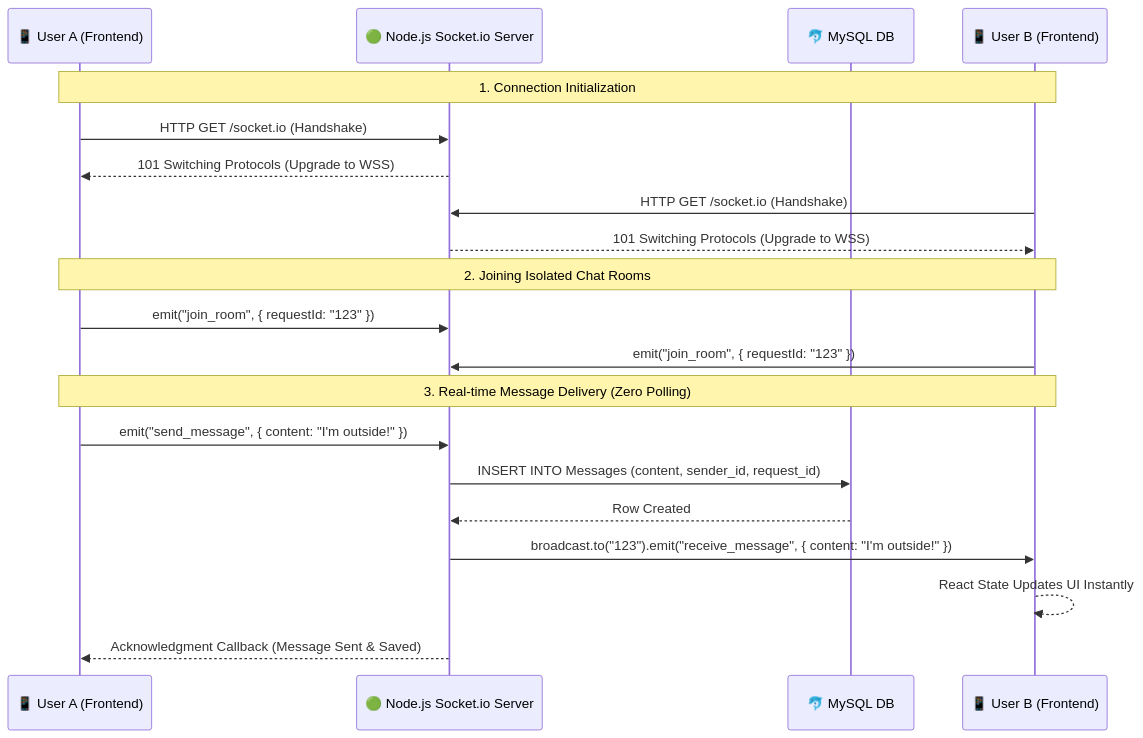
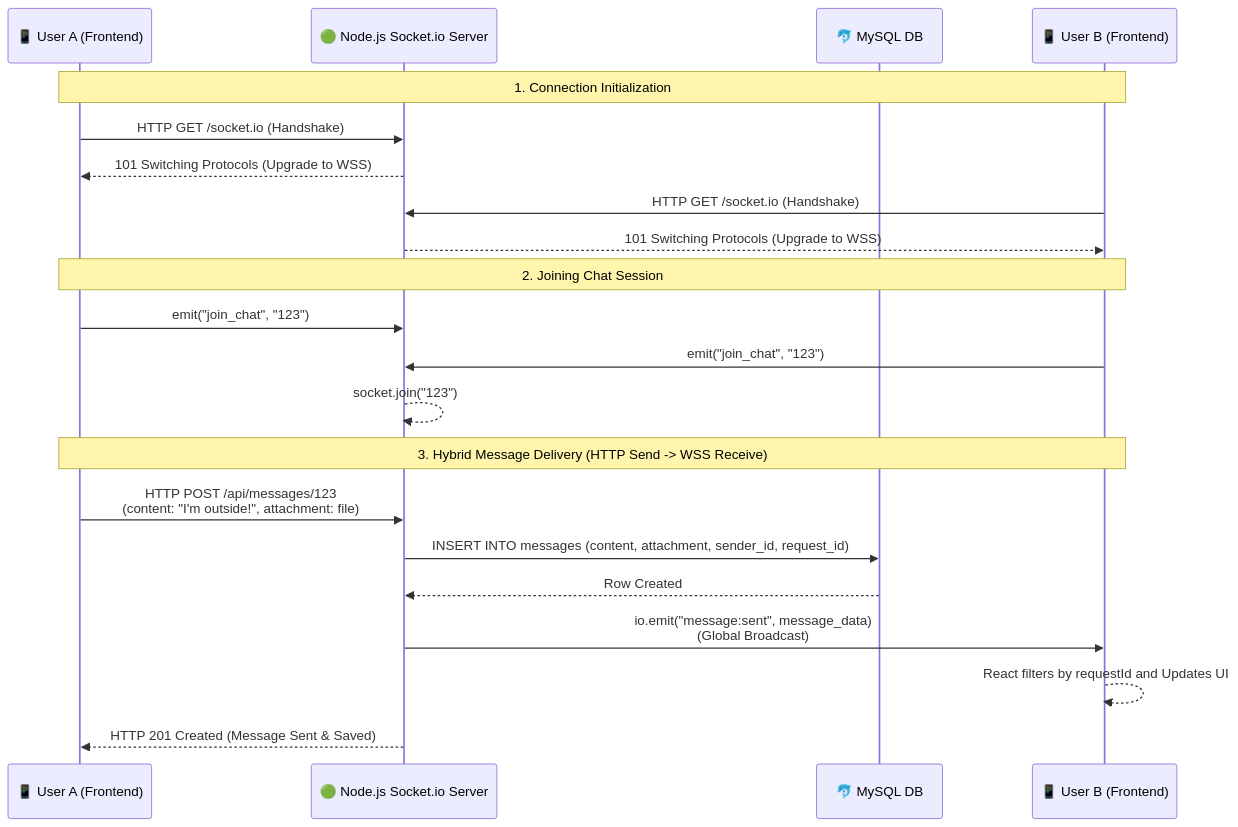
Before and after one commit to MagiCarpy/ucladn: the diagram in Diagrams/chat_websocket_diagram.md, drawn with Mermaid. The commit also changed other lines of this file and 10 other files, not shown here.

Commit message:
Fixed diagrams to adhere to actual codebase and database implementation. Changed receiverConfirmed to deliveryStatus.

````diff
--- a/Diagrams/chat_websocket_diagram.md
+++ b/Diagrams/chat_websocket_diagram.md
@@ -5,28 +5,29 @@
 ```mermaid
 sequenceDiagram
     participant UserA as 📱 User A (Frontend)
     participant API as 🟢 Node.js Socket.io Server
     participant MySQL as 🐬 MySQL DB
     participant UserB as 📱 User B (Frontend)
 
     Note over UserA,UserB: 1. Connection Initialization
     UserA->>API: HTTP GET /socket.io (Handshake)
     API-->>UserA: 101 Switching Protocols (Upgrade to WSS)
     UserB->>API: HTTP GET /socket.io (Handshake)
     API-->>UserB: 101 Switching Protocols (Upgrade to WSS)
     
-    Note over UserA,UserB: 2. Joining Isolated Chat Rooms
-    UserA->>API: emit("join_room", { requestId: "123" })
-    UserB->>API: emit("join_room", { requestId: "123" })
+    Note over UserA,UserB: 2. Joining Chat Session
+    UserA->>API: emit("join_chat", "123")
+    UserB->>API: emit("join_chat", "123")
+    API-->>API: socket.join("123")
 
-    Note over UserA,UserB: 3. Real-time Message Delivery (Zero Polling)
-    UserA->>API: emit("send_message", { content: "I'm outside!" })
+    Note over UserA,UserB: 3. Hybrid Message Delivery (HTTP Send -> WSS Receive)
+    UserA->>API: HTTP POST /api/messages/123<br/>(content: "I'm outside!", attachment: file)
     
-    API->>MySQL: INSERT INTO Messages (content, sender_id, request_id)
+    API->>MySQL: INSERT INTO messages (content, attachment, sender_id, request_id)
     MySQL-->>API: Row Created
     
-    API->>UserB: broadcast.to("123").emit("receive_message", { content: "I'm outside!" })
-    UserB-->>UserB: React State Updates UI Instantly
+    API->>UserB: io.emit("message:sent", message_data)<br/>(Global Broadcast)
+    UserB-->>UserB: React filters by requestId and Updates UI
     
-    API-->>UserA: Acknowledgment Callback (Message Sent & Saved)
+    API-->>UserA: HTTP 201 Created (Message Sent & Saved)
 ```
````
